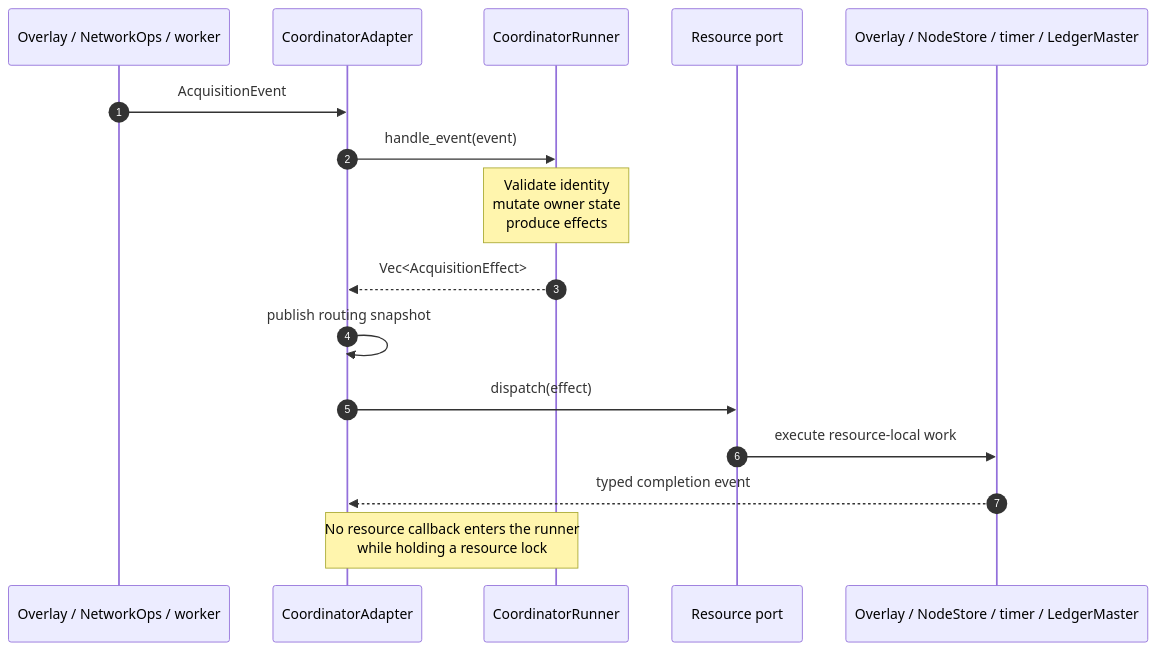
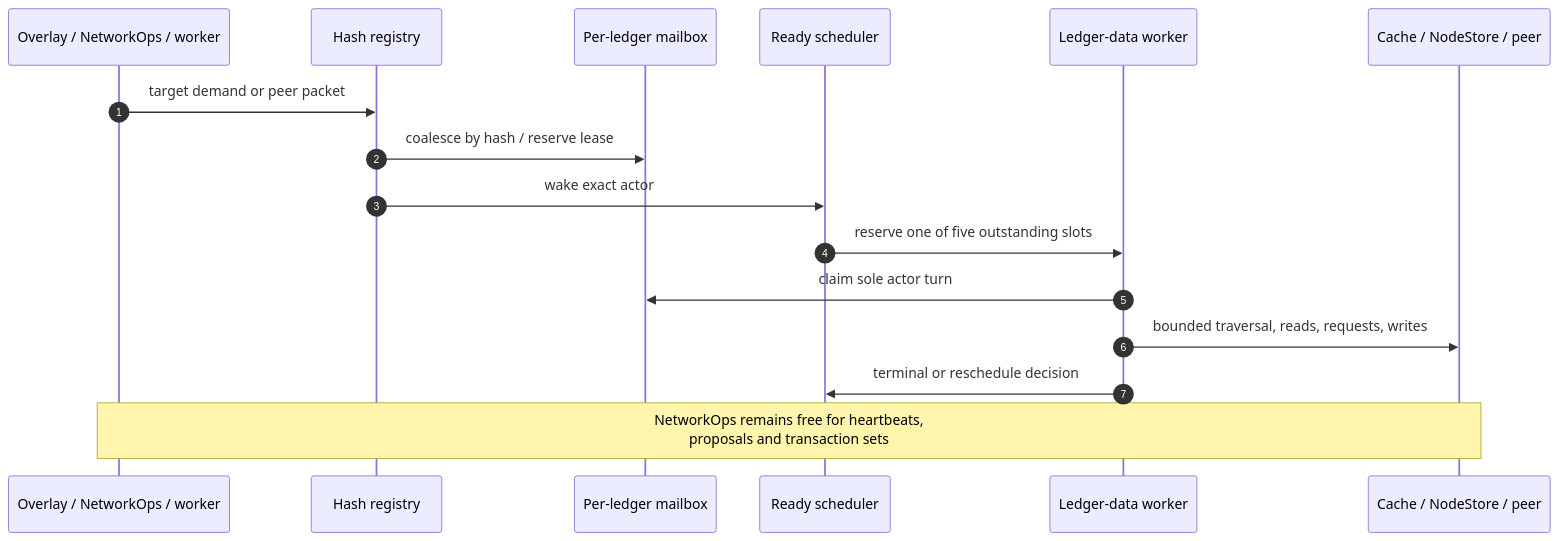
The second of 10 diagrams in docs/ACQUISITION.md (TusharPardhe/quaxar), drawn with Mermaid before and after one commit. The commit also changed other lines of this file and 9 other files, not shown here.

First line of the commit message:
fix(consensus): isolate ledger acquisition from NetworkOps

````diff
--- a/docs/ACQUISITION.md
+++ b/docs/ACQUISITION.md
@@ -108,19 +99,19 @@
 ```mermaid
 sequenceDiagram
     autonumber
     participant Producer as Overlay / NetworkOps / worker
-    participant Adapter as CoordinatorAdapter
-    participant Runner as CoordinatorRunner
-    participant Port as Resource port
-    participant Resource as Overlay / NodeStore / timer / LedgerMaster
+    participant Registry as Hash registry
+    participant Mailbox as Per-ledger mailbox
+    participant Scheduler as Ready scheduler
+    participant Worker as Ledger-data worker
+    participant Resource as Cache / NodeStore / peer
 
-    Producer->>Adapter: AcquisitionEvent
-    Adapter->>Runner: handle_event(event)
-    Note over Runner: Validate identity<br/>mutate owner state<br/>produce effects
-    Runner-->>Adapter: Vec<AcquisitionEffect>
-    Adapter->>Adapter: publish routing snapshot
-    Adapter->>Port: dispatch(effect)
-    Port->>Resource: execute resource-local work
-    Resource-->>Adapter: typed completion event
-    Note over Adapter,Runner: No resource callback enters the runner<br/>while holding a resource lock
+    Producer->>Registry: target demand or peer packet
+    Registry->>Mailbox: coalesce by hash / reserve lease
+    Registry->>Scheduler: wake exact actor
+    Scheduler->>Worker: reserve one of five outstanding slots
+    Worker->>Mailbox: claim sole actor turn
+    Worker->>Resource: bounded traversal, reads, requests, writes
+    Worker->>Scheduler: terminal or reschedule decision
+    Note over Producer,Resource: NetworkOps remains free for heartbeats,<br/>proposals and transaction sets
 ```
````
